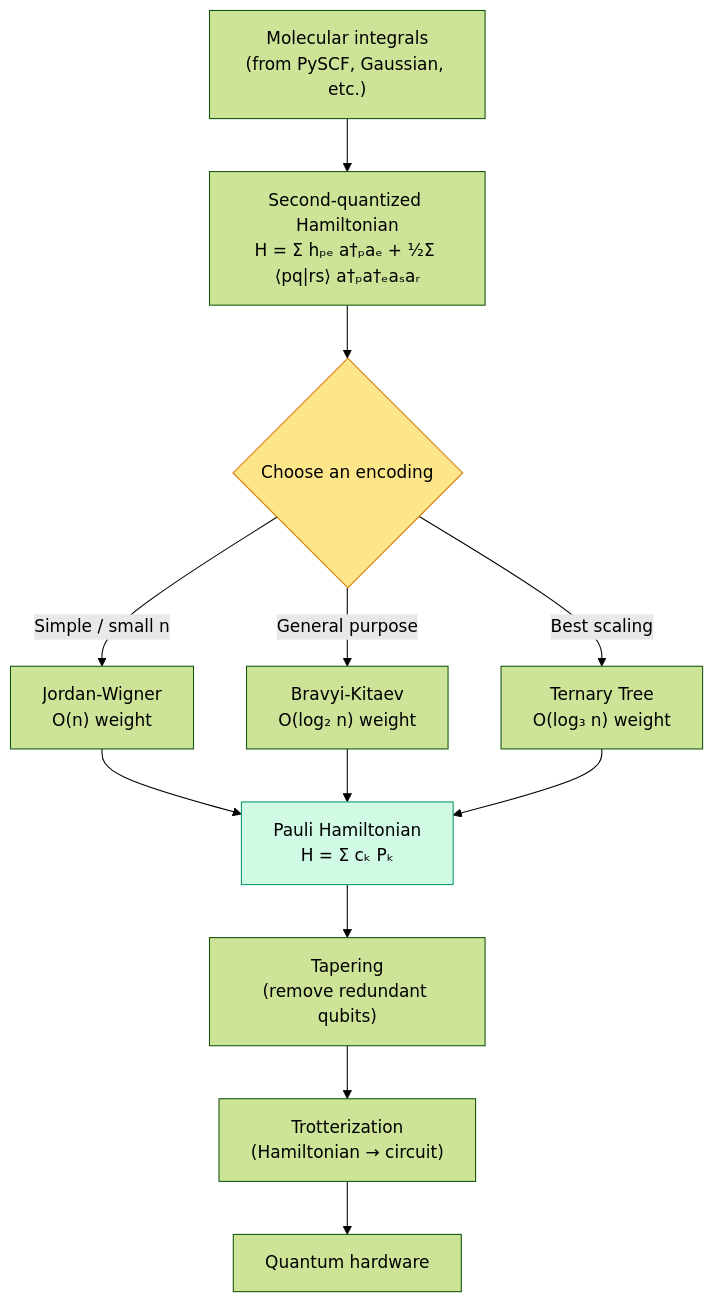
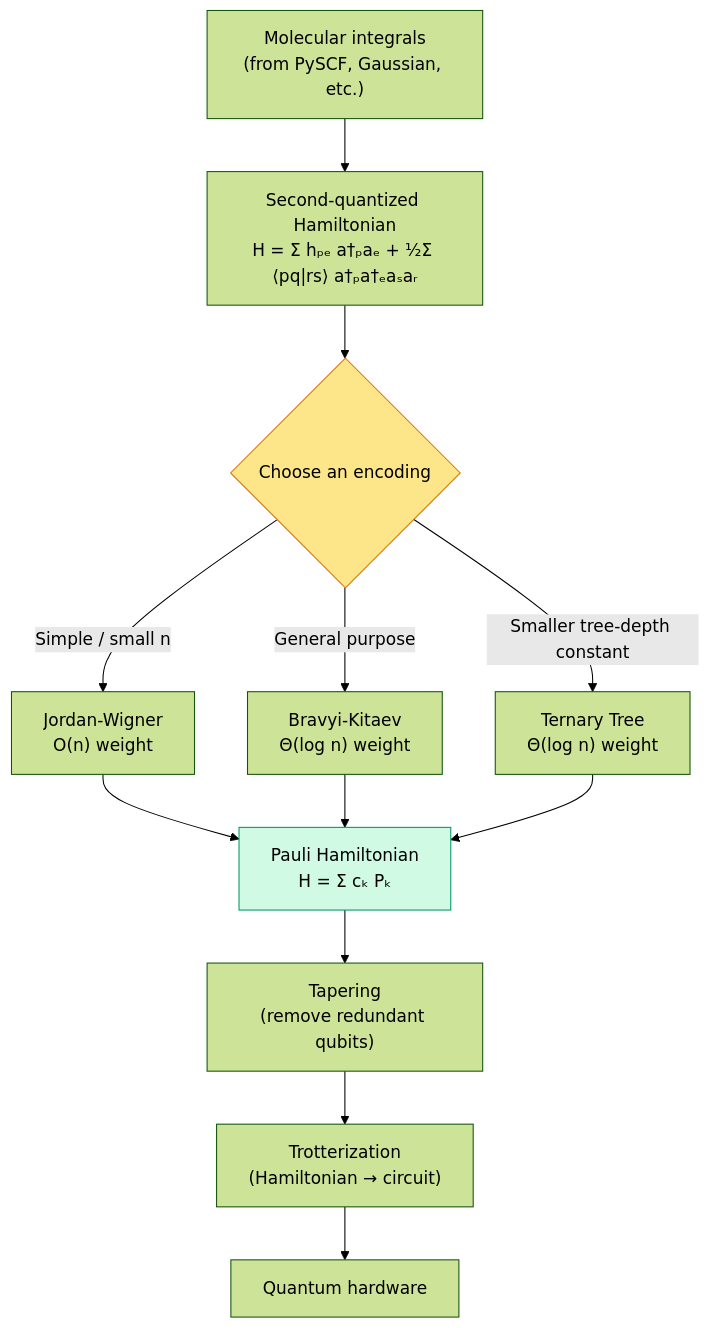
Before and after one commit to johnazariah/encodings-book: the seventh of 7 diagrams in manuscript/05-visual-encodings.md, drawn with Mermaid (forest theme). The commit also changed other lines of this file and 81 other files, not shown here.

````diff
--- a/manuscript/05-visual-encodings.md
+++ b/manuscript/05-visual-encodings.md
@@ -286,17 +316,17 @@
 ```mermaid
 flowchart TD
     MO["Molecular integrals<br/>(from PySCF, Gaussian, etc.)"]
     MO --> HAM["Second-quantized Hamiltonian<br/>H = Σ hₚₑ a†ₚaₑ + ½Σ ⟨pq|rs⟩ a†ₚa†ₑaₛaᵣ"]
     HAM --> ENC{"Choose an encoding"}
     ENC -->|"Simple / small n"| JW["Jordan-Wigner<br/>O(n) weight"]
-    ENC -->|"General purpose"| BK["Bravyi-Kitaev<br/>O(log₂ n) weight"]
-    ENC -->|"Best scaling"| TT["Ternary Tree<br/>O(log₃ n) weight"]
+    ENC -->|"General purpose"| BK["Bravyi-Kitaev<br/>Θ(log n) weight"]
+    ENC -->|"Smaller tree-depth constant"| TT["Ternary Tree<br/>Θ(log n) weight"]
     JW --> PAULI["Pauli Hamiltonian<br/>H = Σ cₖ Pₖ"]
     BK --> PAULI
     TT --> PAULI
     PAULI --> TAP["Tapering<br/>(remove redundant qubits)"]
     TAP --> TROT["Trotterization<br/>(Hamiltonian → circuit)"]
     TROT --> QC["Quantum hardware"]
     style ENC fill:#fde68a,stroke:#d97706
     style PAULI fill:#d1fae5,stroke:#059669
 ```
````
